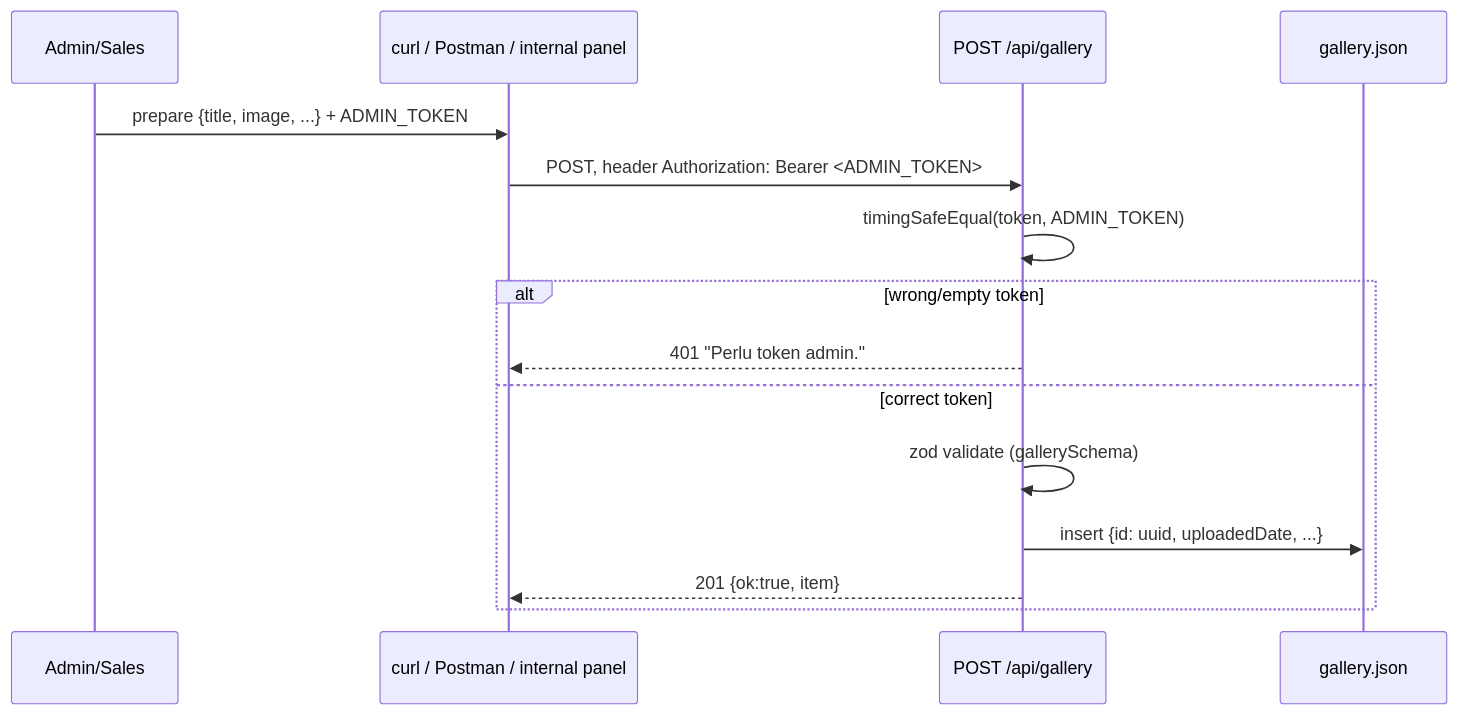
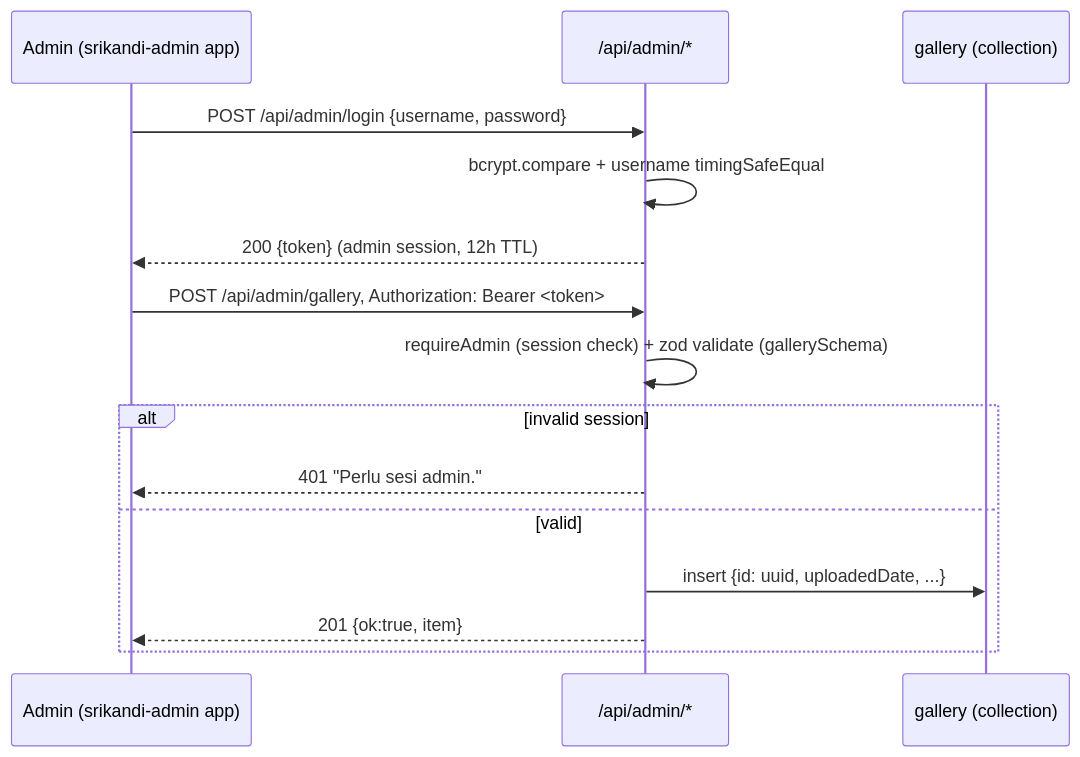
Before and after one commit to Bajoel32/bajoel32: the sixth of 8 diagrams in docs/konsultasi-ai/API-SCHEMA.en.md, drawn with Mermaid. The commit also changed other lines of this file and 28 other files, not shown here.

````diff
--- a/docs/konsultasi-ai/API-SCHEMA.en.md
+++ b/docs/konsultasi-ai/API-SCHEMA.en.md
@@ -202,18 +202,18 @@
 ```mermaid
 sequenceDiagram
-    participant A as Admin/Sales
-    participant Tool as curl / Postman / internal panel
-    participant API as POST /api/gallery
-    participant DB as gallery.json
+    participant A as Admin (srikandi-admin app)
+    participant API as /api/admin/*
+    participant DB as gallery (collection)
 
-    A->>Tool: prepare {title, image, ...} + ADMIN_TOKEN
-    Tool->>API: POST, header Authorization: Bearer <ADMIN_TOKEN>
-    API->>API: timingSafeEqual(token, ADMIN_TOKEN)
-    alt wrong/empty token
-        API-->>Tool: 401 "Perlu token admin."
-    else correct token
-        API->>API: zod validate (gallerySchema)
+    A->>API: POST /api/admin/login {username, password}
+    API->>API: bcrypt.compare + username timingSafeEqual
+    API-->>A: 200 {token}  (admin session, 12h TTL)
+    A->>API: POST /api/admin/gallery, Authorization: Bearer <token>
+    API->>API: requireAdmin (session check) + zod validate (gallerySchema)
+    alt invalid session
+        API-->>A: 401 "Perlu sesi admin."
+    else valid
         API->>DB: insert {id: uuid, uploadedDate, ...}
-        API-->>Tool: 201 {ok:true, item}
+        API-->>A: 201 {ok:true, item}
     end
 ```
````
